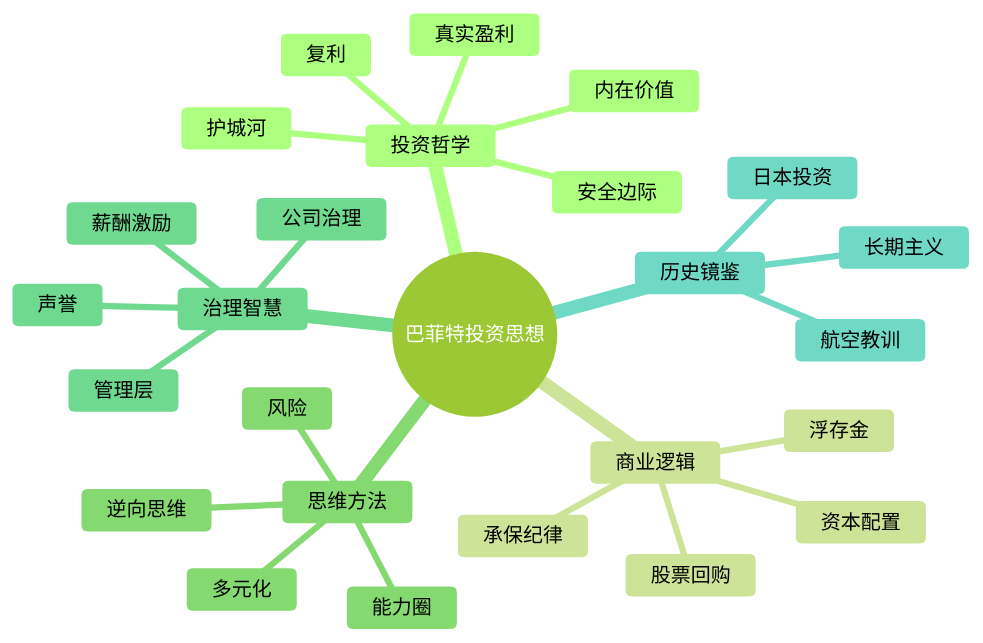
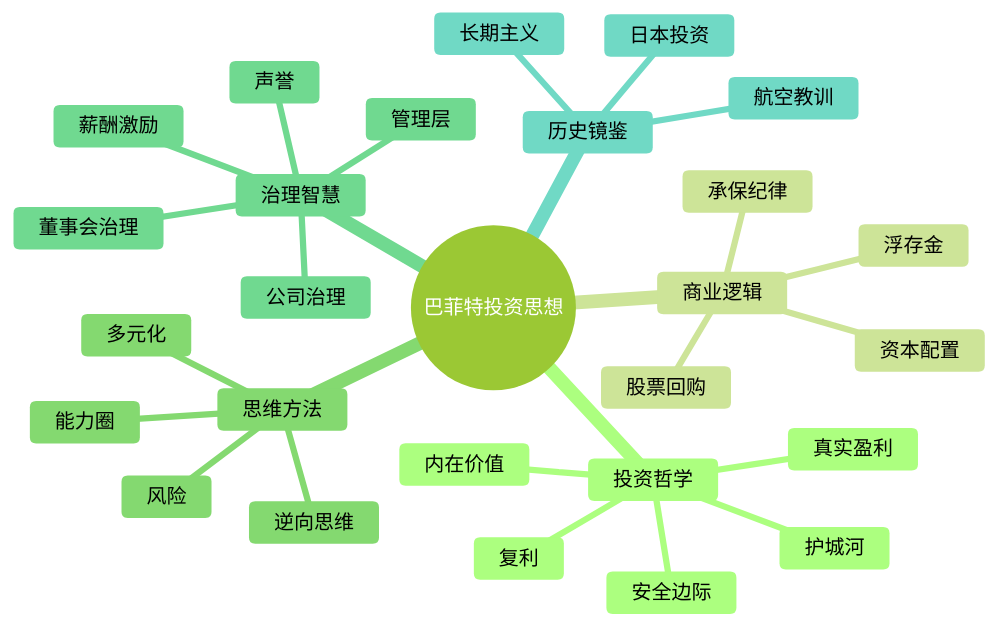
Before and after one commit to carllhm/buffett-knowledge-base: the diagram in docs/02_concepts/index.md, drawn with Mermaid (forest theme). The commit also changed other lines of this file and 1 other file, not shown here.

````diff
--- a/docs/02_concepts/index.md
+++ b/docs/02_concepts/index.md
@@ -73,29 +72,30 @@
 ```mermaid
 mindmap
   root((巴菲特投资思想))
     投资哲学
       内在价值
       护城河
       安全边际
       复利
       真实盈利
     商业逻辑
       浮存金
       承保纪律
       资本配置
       股票回购
     思维方法
       能力圈
       逆向思维
       多元化
       风险
     治理智慧
       管理层
       公司治理
       薪酬激励
       声誉
+      董事会治理
     历史镜鉴
       航空教训
       日本投资
       长期主义
 ```
````
